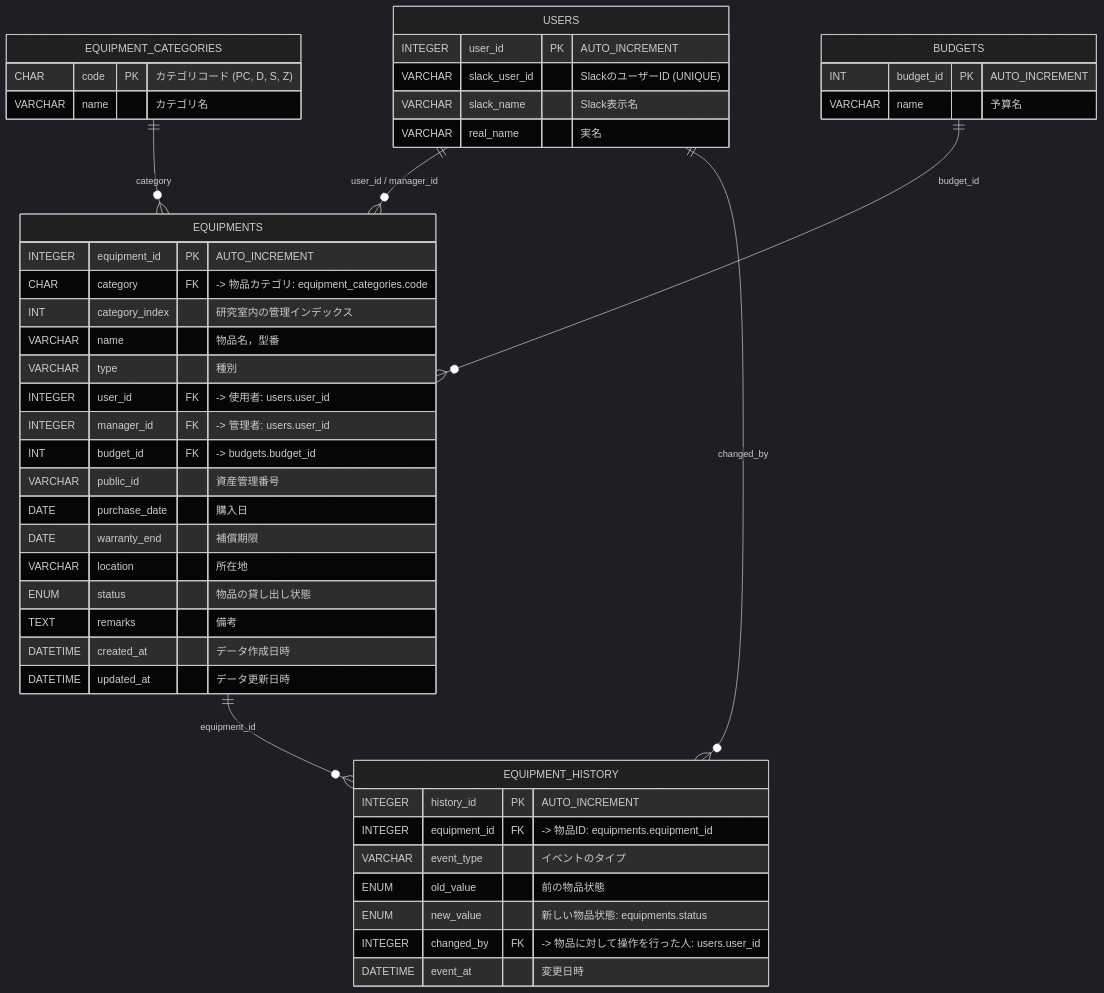
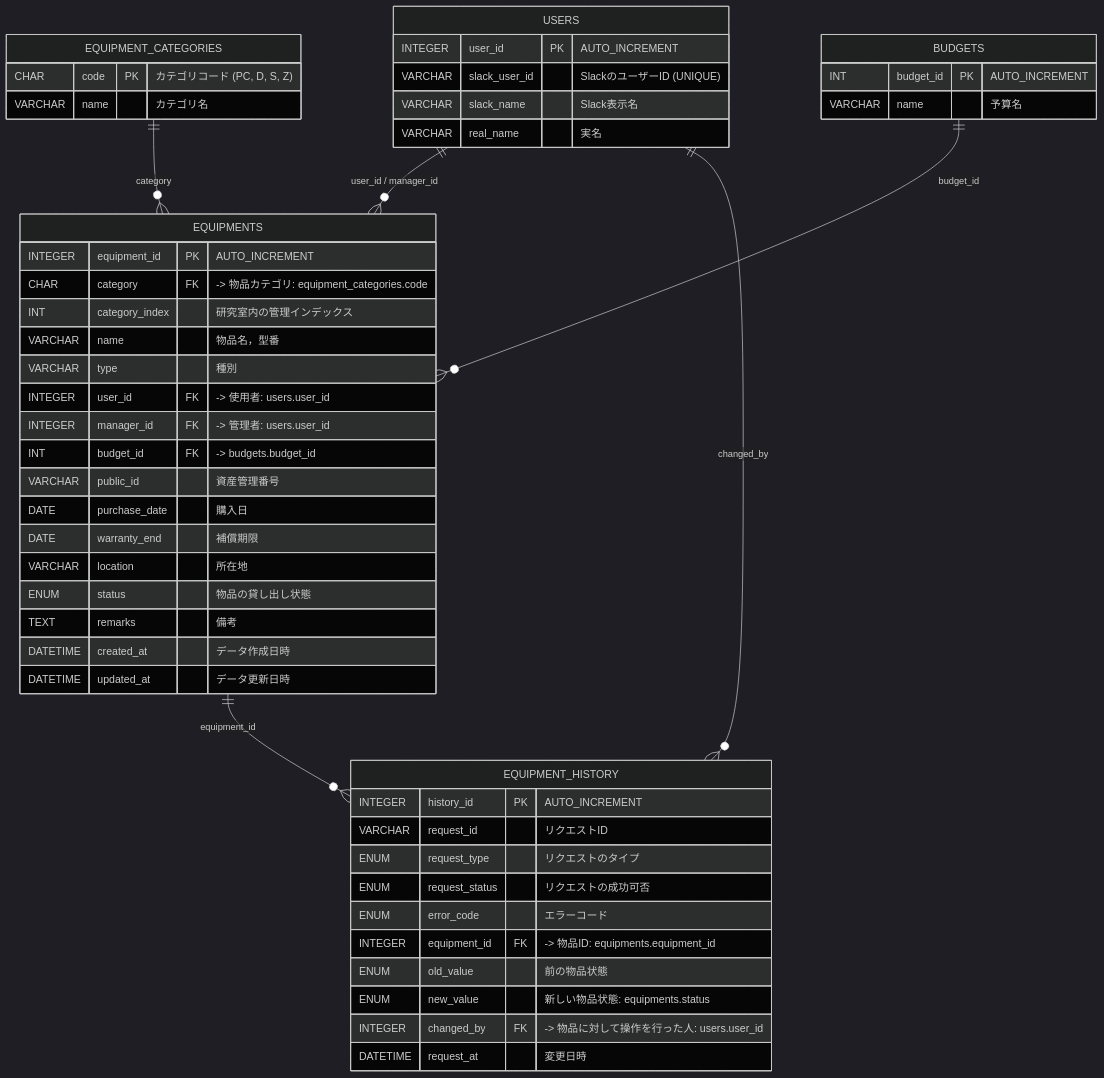
The diagram in docs/er.md (posl/posl-equipment-manager), drawn with Mermaid (dark theme) before and after one commit. The commit also changed other lines of this file, not shown here.

Commit message:
[docs] ER図を修正

````diff
--- a/docs/er.md
+++ b/docs/er.md
@@ -115,55 +137,58 @@
 ```mermaid
 erDiagram
     USERS ||--o{ EQUIPMENTS : "user_id / manager_id"
     EQUIPMENT_CATEGORIES ||--o{ EQUIPMENTS : "category"
     BUDGETS ||--o{ EQUIPMENTS : "budget_id"
     EQUIPMENTS ||--o{ EQUIPMENT_HISTORY : "equipment_id"
     USERS ||--o{ EQUIPMENT_HISTORY : "changed_by"
 
     USERS {
         INTEGER user_id PK "AUTO_INCREMENT"
         VARCHAR slack_user_id "SlackのユーザーID (UNIQUE)"
         VARCHAR slack_name "Slack表示名"
         VARCHAR real_name "実名"
     }
 
     EQUIPMENT_CATEGORIES {
         CHAR code PK "カテゴリコード (PC, D, S, Z)"
         VARCHAR name "カテゴリ名"
     }
 
     BUDGETS {
         INT budget_id PK "AUTO_INCREMENT"
         VARCHAR name "予算名"
     }
 
     EQUIPMENTS {
         INTEGER equipment_id PK "AUTO_INCREMENT"
         CHAR category FK "-> 物品カテゴリ: equipment_categories.code"
         INT category_index "研究室内の管理インデックス"
         VARCHAR name "物品名，型番"
         VARCHAR type "種別"
         INTEGER user_id FK "-> 使用者: users.user_id"
         INTEGER manager_id FK "-> 管理者: users.user_id"
         INT budget_id FK "-> budgets.budget_id"
         VARCHAR public_id "資産管理番号"
         DATE purchase_date "購入日"
         DATE warranty_end "補償期限"
         VARCHAR location "所在地"
         ENUM status "物品の貸し出し状態"
         TEXT remarks "備考"
         DATETIME created_at "データ作成日時"
         DATETIME updated_at "データ更新日時"
     }
 
     EQUIPMENT_HISTORY {
         INTEGER history_id PK "AUTO_INCREMENT"
+        VARCHAR request_id "リクエストID"
+        ENUM request_type "リクエストのタイプ"
+        ENUM request_status "リクエストの成功可否"
+        ENUM error_code "エラーコード"
         INTEGER equipment_id FK "-> 物品ID: equipments.equipment_id"
-        VARCHAR event_type "イベントのタイプ"
         ENUM old_value "前の物品状態"
         ENUM new_value "新しい物品状態: equipments.status"
         INTEGER changed_by FK "-> 物品に対して操作を行った人: users.user_id"
-        DATETIME event_at "変更日時"
+        DATETIME request_at "変更日時"
     }
 
 ```
````
